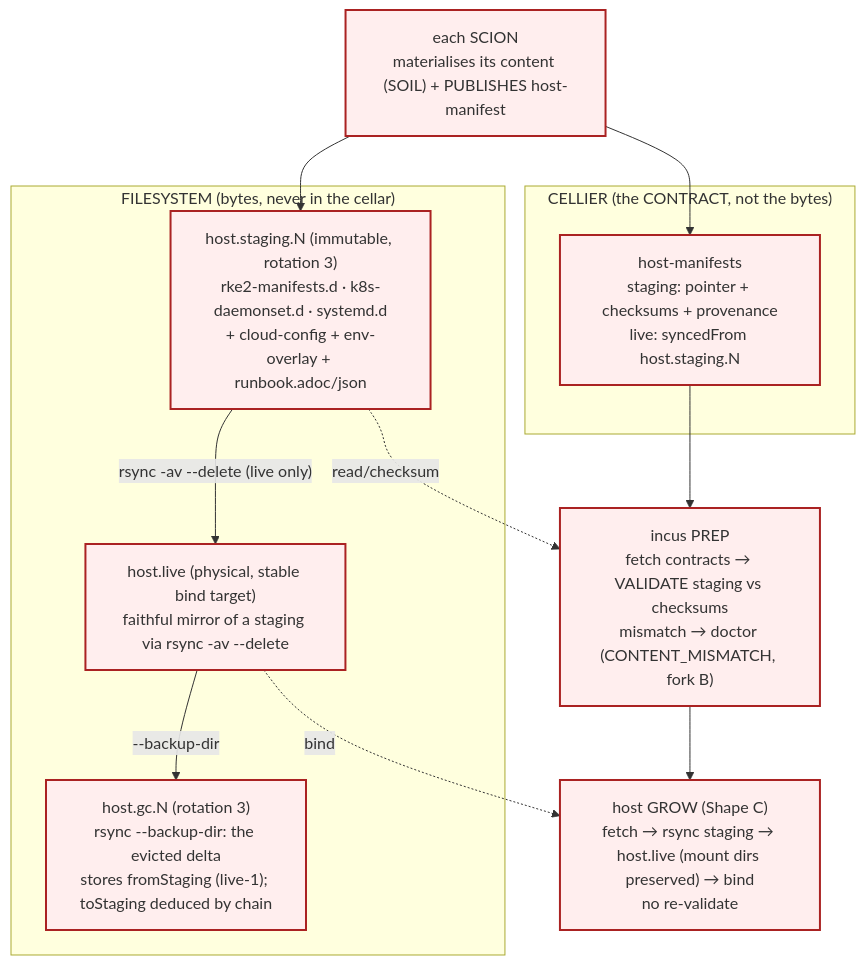
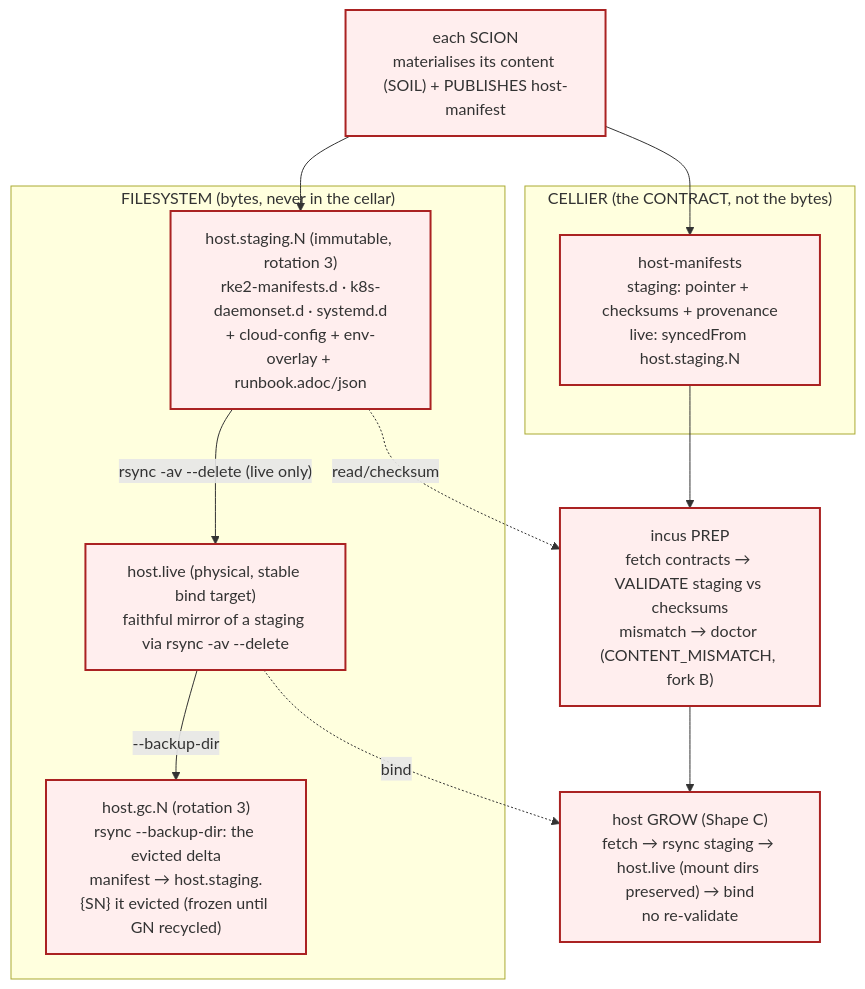
The seventh of 7 diagrams in docs/architecture/atlas/seed.adoc (nxmatic/rke2lab), drawn with Mermaid before and after one commit. The commit also changed other lines of this file and 2 other files, not shown here.

```diff
--- a/docs/architecture/atlas/seed.adoc
+++ b/docs/architecture/atlas/seed.adoc
@@ -534,26 +539,26 @@
 [mermaid]
 ....
 flowchart TB
   subgraph fs["FILESYSTEM (bytes, never in the cellar)"]
     stg["host.staging.N (immutable, rotation 3)<br/>rke2-manifests.d · k8s-daemonset.d · systemd.d<br/>+ cloud-config + env-overlay + runbook.adoc/json"]
     live["host.live (physical, stable bind target)<br/>faithful mirror of a staging via rsync -av --delete"]
-    gc["host.gc.N (rotation 3)<br/>rsync --backup-dir: the evicted delta<br/>stores fromStaging (live-1); toStaging deduced by chain"]
+    gc["host.gc.N (rotation 3)<br/>rsync --backup-dir: the evicted delta<br/>manifest → host.staging.{SN} it evicted (frozen until GN recycled)"]
   end
   subgraph cel["CELLIER (the CONTRACT, not the bytes)"]
     hm["host-manifests<br/>staging: pointer + checksums + provenance<br/>live: syncedFrom host.staging.N"]
   end
   scion["each SCION<br/>materialises its content (SOIL) + PUBLISHES host-manifest"]
   prep["incus PREP<br/>fetch contracts → VALIDATE staging vs checksums<br/>mismatch → doctor (CONTENT_MISMATCH, fork B)"]
   grow["host GROW (Shape C)<br/>fetch → rsync staging → host.live (mount dirs preserved) → bind<br/>no re-validate"]
   scion --> stg
   scion --> hm
   hm --> prep
   stg -. read/checksum .-> prep
   prep --> grow
   stg -->|"rsync -av --delete (live only)"| live
   live -->|"--backup-dir"| gc
   live -. bind .-> grow
   classDef done fill:#dfd,stroke:#2a2;
   classDef todo fill:#fee,stroke:#a22,stroke-width:2px;
   class scion,prep,grow,stg,hm,live,gc todo;
 ....
```
